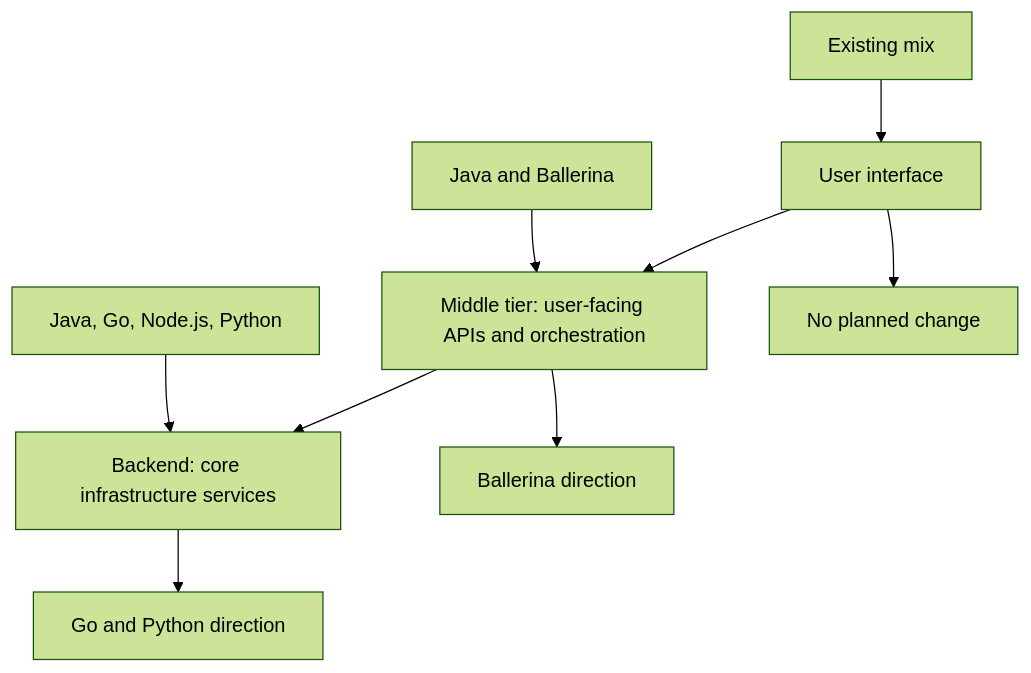
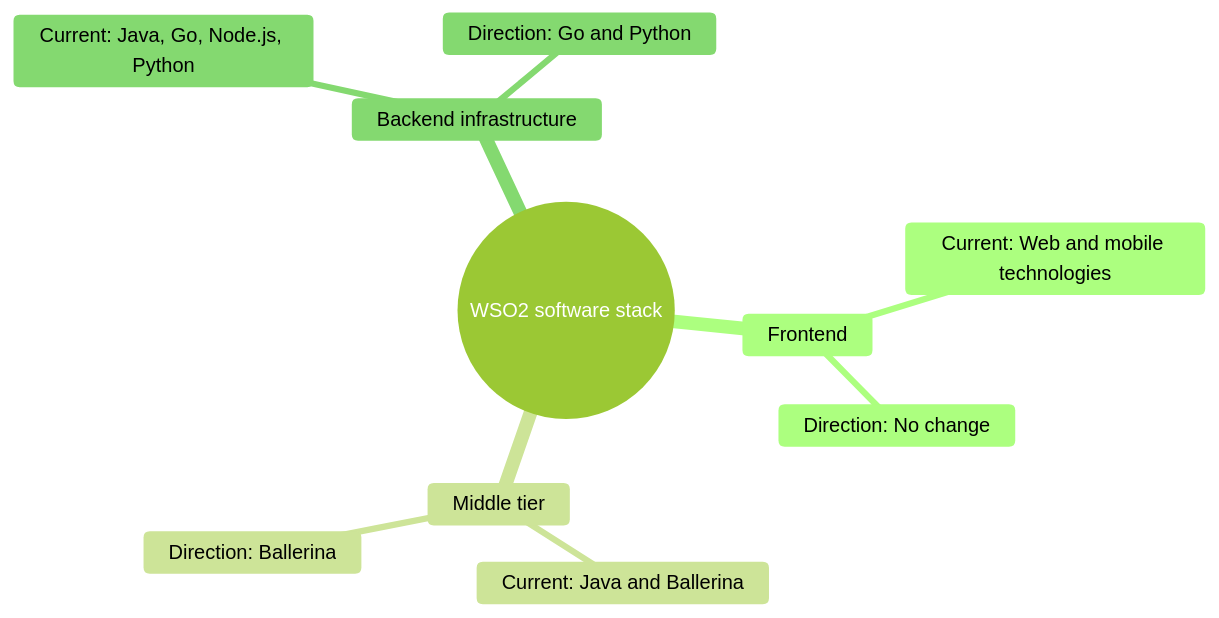
One commit to dyotamo/blog changed the first of 3 diagrams in content/articles/your-language-is-special/index.md. Above: the diagram before and after it, drawn with Mermaid (forest theme). The commit also changed other lines of this file and 26 other files, not shown here.

````diff
--- a/content/articles/your-language-is-special/index.md
+++ b/content/articles/your-language-is-special/index.md
@@ -40,11 +40,13 @@
 ```mermaid
-flowchart TD
-    A[User interface] --> B[Middle tier: user-facing APIs and orchestration]
-    B --> C[Backend: core infrastructure services]
-    A1[Existing mix] --> A
-    B1[Java and Ballerina] --> B
-    C1[Java, Go, Node.js, Python] --> C
-    A --> A2[No planned change]
-    B --> B2[Ballerina direction]
-    C --> C2[Go and Python direction]
+mindmap
+  root((WSO2 software stack))
+    Frontend
+      Current: Web and mobile technologies
+      Direction: No change
+    Middle tier
+      Current: Java and Ballerina
+      Direction: Ballerina
+    Backend infrastructure
+      Current: Java, Go, Node.js, Python
+      Direction: Go and Python
 ```
````
